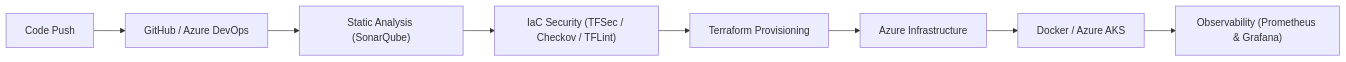
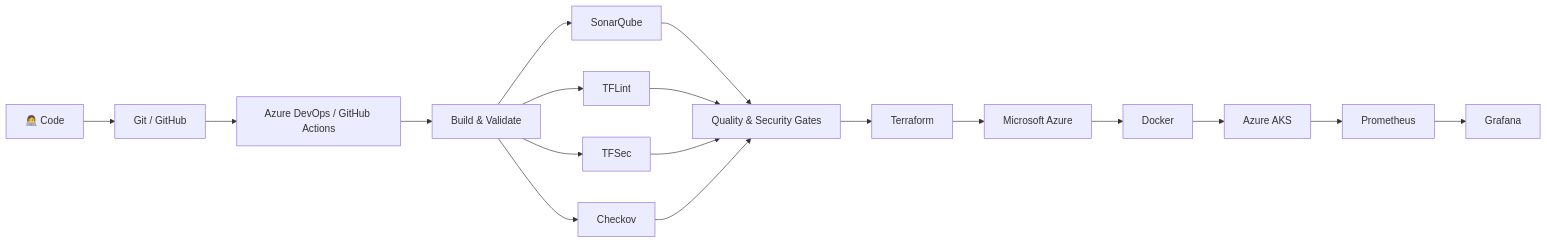
The diagram in README.md (Pjaisw1103/Pjaisw1103), drawn with Mermaid before and after one commit. The commit also changed other lines of this file, not shown here.

````diff
--- a/README.md
+++ b/README.md
@@ -88,10 +99,25 @@
 ```mermaid
 flowchart LR
-    A["Code Push"] --> B["GitHub / Azure DevOps"]
-    B --> C["Static Analysis (SonarQube)"]
-    C --> D["IaC Security (TFSec / Checkov / TFLint)"]
-    D --> E["Terraform Provisioning"]
-    E --> F["Azure Infrastructure"]
-    F --> G["Docker / Azure AKS"]
-    G --> H["Observability (Prometheus & Grafana)"]
+    A["👩‍💻 Code"] --> B["Git / GitHub"]
+    B --> C["Azure DevOps / GitHub Actions"]
+    C --> D["Build & Validate"]
+
+    D --> E["SonarQube"]
+    D --> F["TFLint"]
+    D --> G["TFSec"]
+    D --> H["Checkov"]
+
+    E --> I["Quality & Security Gates"]
+    F --> I
+    G --> I
+    H --> I
+
+    I --> J["Terraform"]
+    J --> K["Microsoft Azure"]
+
+    K --> L["Docker"]
+    L --> M["Azure AKS"]
+
+    M --> N["Prometheus"]
+    N --> O["Grafana"]
 ```
````
